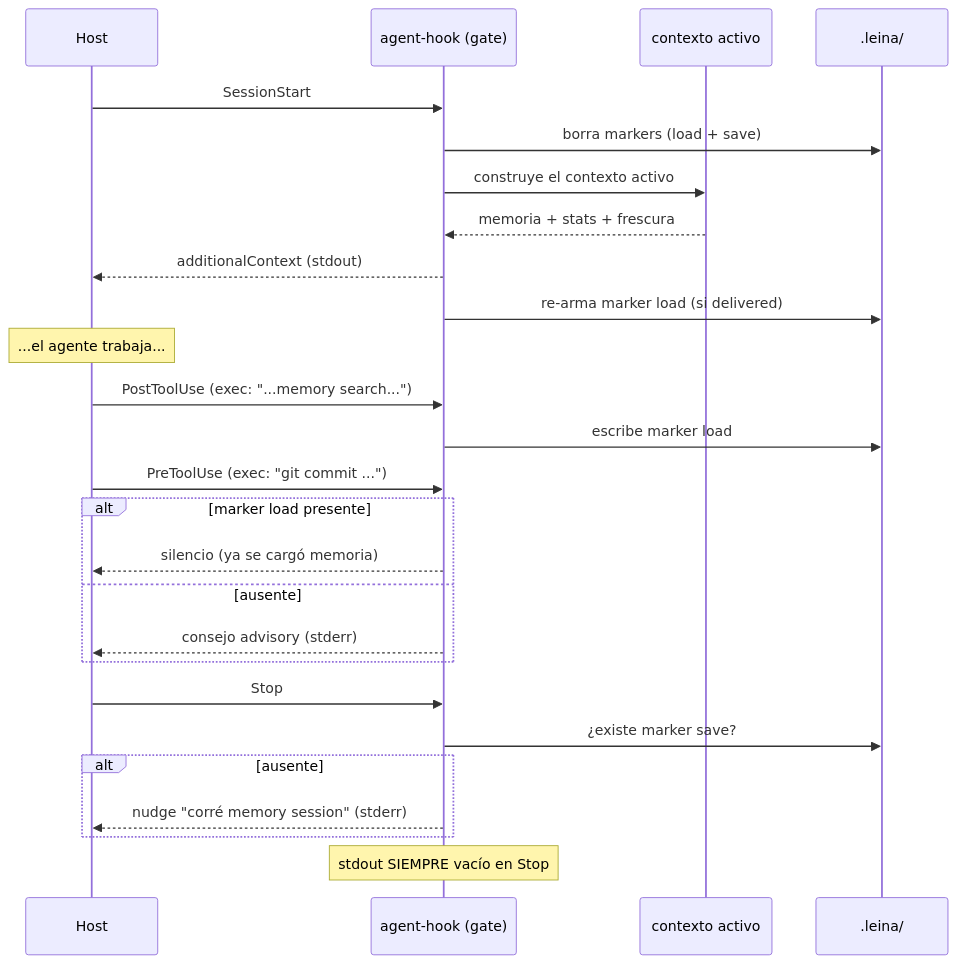
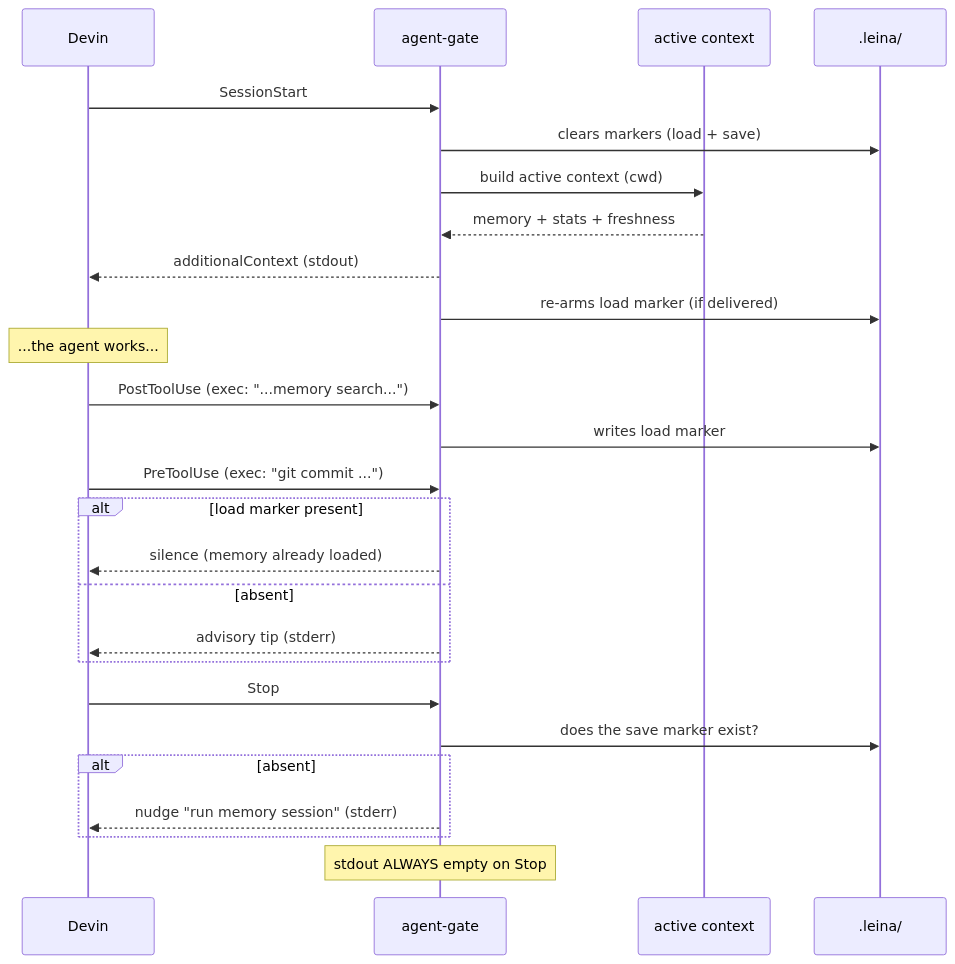
One commit to Kolimar/leina changed the third of 3 diagrams in docs/concepts/06-hooks-e-inyeccion.md. Above: the diagram before and after it, drawn with Mermaid. The commit also changed other lines of this file and 27 other files, not shown here.

````diff
--- a/docs/concepts/06-hooks-e-inyeccion.md
+++ b/docs/concepts/06-hooks-e-inyeccion.md
@@ -109,32 +110,32 @@
 ```mermaid
 sequenceDiagram
-    participant D as Host
-    participant G as agent-hook (gate)
-    participant C as contexto activo
+    participant D as Devin
+    participant G as agent-gate
+    participant C as active context
     participant Disk as .leina/
 
     D->>G: SessionStart
-    G->>Disk: borra markers (load + save)
-    G->>C: construye el contexto activo
-    C-->>G: memoria + stats + frescura
+    G->>Disk: clears markers (load + save)
+    G->>C: build active context (cwd)
+    C-->>G: memory + stats + freshness
     G-->>D: additionalContext (stdout)
-    G->>Disk: re-arma marker load (si delivered)
+    G->>Disk: re-arms load marker (if delivered)
 
-    Note over D: ...el agente trabaja...
+    Note over D: ...the agent works...
     D->>G: PostToolUse (exec: "...memory search...")
-    G->>Disk: escribe marker load
+    G->>Disk: writes load marker
 
     D->>G: PreToolUse (exec: "git commit ...")
-    alt marker load presente
-        G-->>D: silencio (ya se cargó memoria)
-    else ausente
-        G-->>D: consejo advisory (stderr)
+    alt load marker present
+        G-->>D: silence (memory already loaded)
+    else absent
+        G-->>D: advisory tip (stderr)
     end
 
     D->>G: Stop
-    G->>Disk: ¿existe marker save?
-    alt ausente
-        G-->>D: nudge "corré memory session" (stderr)
+    G->>Disk: does the save marker exist?
+    alt absent
+        G-->>D: nudge "run memory session" (stderr)
     end
-    Note over G: stdout SIEMPRE vacío en Stop
+    Note over G: stdout ALWAYS empty on Stop
 ```
````
